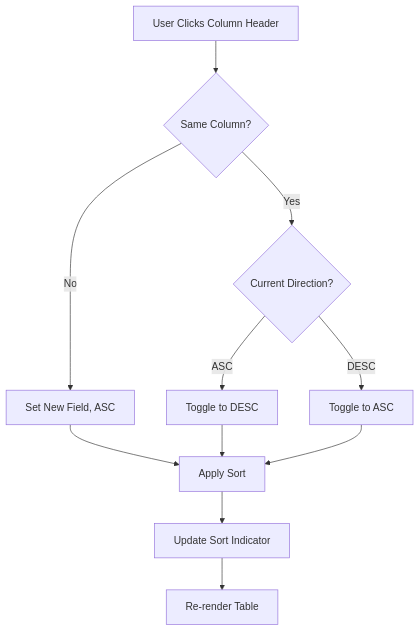
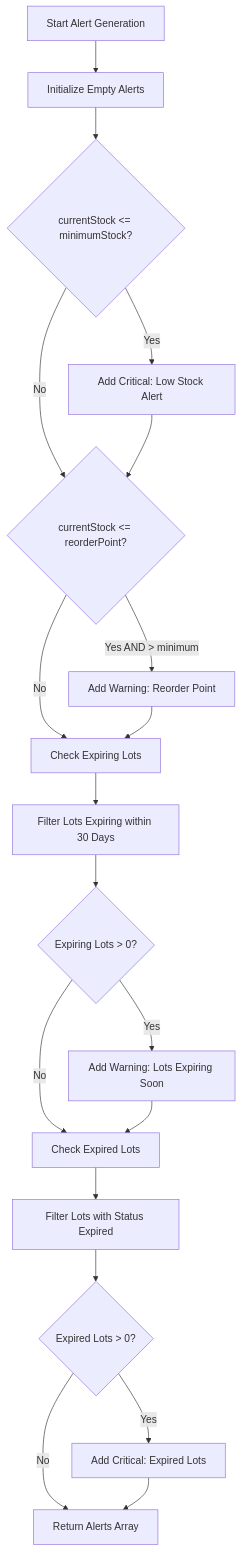
One commit to PeakMNA/carmen changed the fourth of 16 diagrams in docs/app/inventory-management/stock-overview/stock-cards/FD-stock-cards.md. Above: the diagram before and after it, drawn with Mermaid. The commit also changed other lines of this file and 473 other files, not shown here.

````diff
--- a/docs/app/inventory-management/stock-overview/stock-cards/FD-stock-cards.md
+++ b/docs/app/inventory-management/stock-overview/stock-cards/FD-stock-cards.md
@@ -72,13 +85,21 @@
 ```mermaid
 flowchart TD
-    A[User Clicks Column Header] --> B{Same Column?}
-    B -->|Yes| C{Current Direction?}
-    B -->|No| D[Set New Field, ASC]
-    C -->|ASC| E[Toggle to DESC]
-    C -->|DESC| F[Toggle to ASC]
-    D --> G[Apply Sort]
-    E --> G
+    A[Start Alert Generation] --> B[Initialize Empty Alerts]
+    B --> C{currentStock <= minimumStock?}
+    C -->|Yes| D[Add Critical: Low Stock Alert]
+    C -->|No| E{currentStock <= reorderPoint?}
+    D --> E
+    E -->|Yes AND > minimum| F[Add Warning: Reorder Point]
+    E -->|No| G[Check Expiring Lots]
     F --> G
-    G --> H[Update Sort Indicator]
-    H --> I[Re-render Table]
+    G --> H[Filter Lots Expiring within 30 Days]
+    H --> I{Expiring Lots > 0?}
+    I -->|Yes| J[Add Warning: Lots Expiring Soon]
+    I -->|No| K[Check Expired Lots]
+    J --> K
+    K --> L[Filter Lots with Status Expired]
+    L --> M{Expired Lots > 0?}
+    M -->|Yes| N[Add Critical: Expired Lots]
+    M -->|No| O[Return Alerts Array]
+    N --> O
 ```
````
